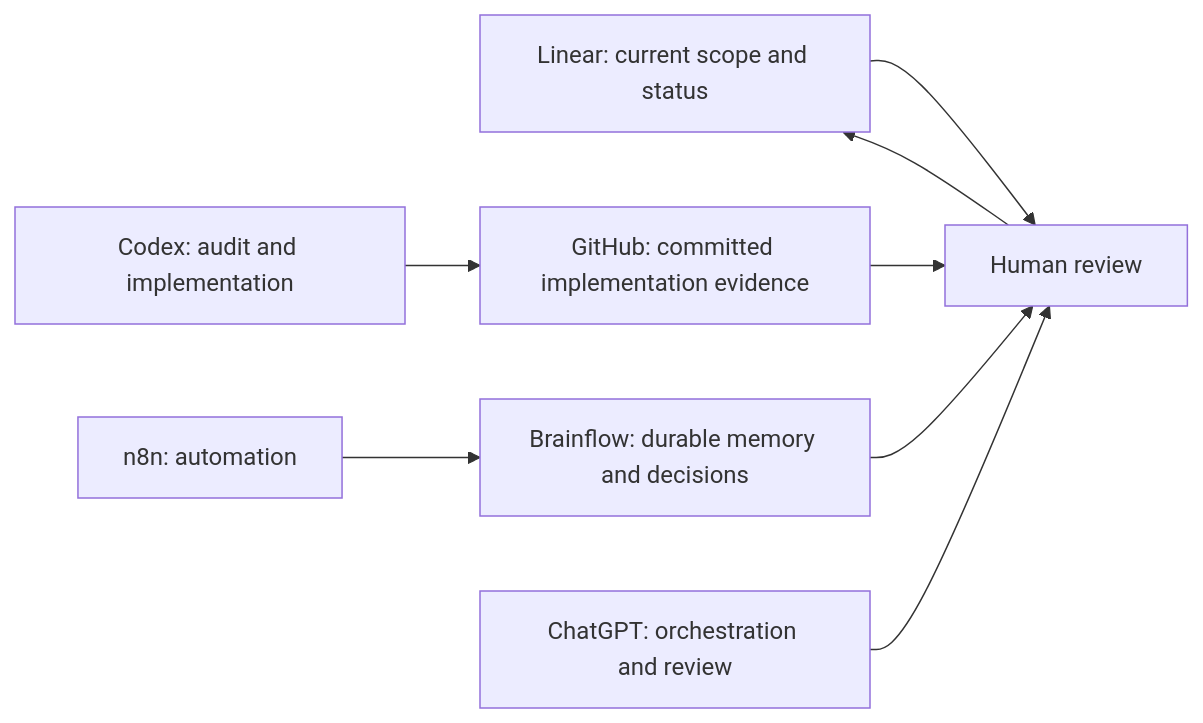
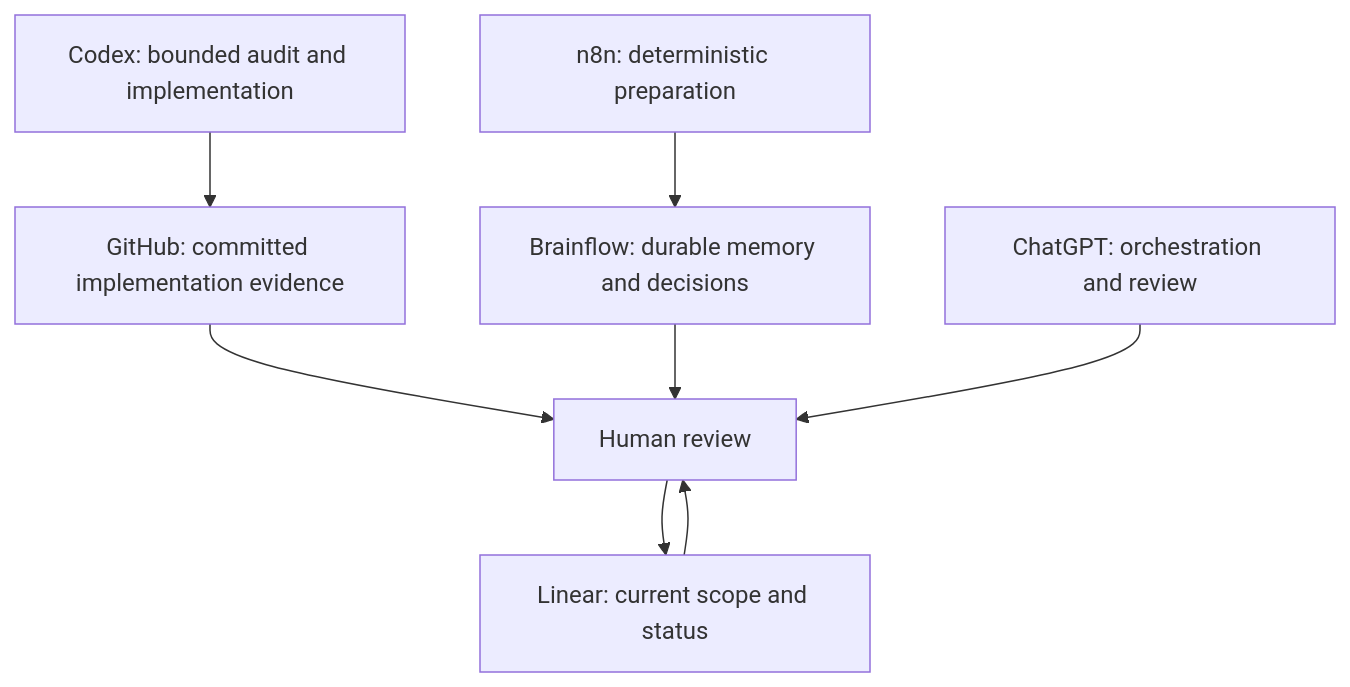
One commit to Charles-drZ/glassbox-development-workflow changed the diagram in docs/source-of-truth-model.md. Above: the diagram before and after it, drawn with Mermaid. The commit also changed other lines of this file and 6 other files, not shown here.

````diff
--- a/docs/source-of-truth-model.md
+++ b/docs/source-of-truth-model.md
@@ -5,10 +7,10 @@
 ```mermaid
-flowchart LR
+flowchart TD
+    X[Codex: bounded audit and implementation] --> G[GitHub: committed implementation evidence]
+    N[n8n: deterministic preparation] --> B[Brainflow: durable memory and decisions]
     L[Linear: current scope and status] --> H[Human review]
-    G[GitHub: committed implementation evidence] --> H
-    B[Brainflow: durable memory and decisions] --> H
+    G --> H
+    B --> H
     C[ChatGPT: orchestration and review] --> H
-    X[Codex: audit and implementation] --> G
-    N[n8n: automation] --> B
     H --> L
 ```
````
